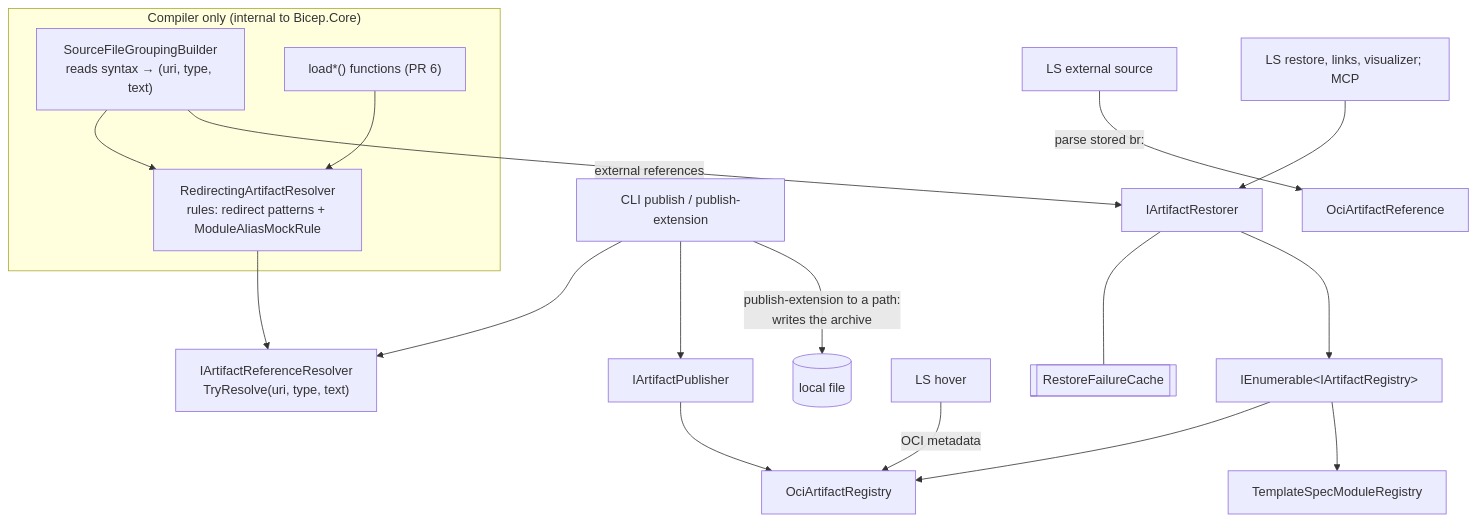
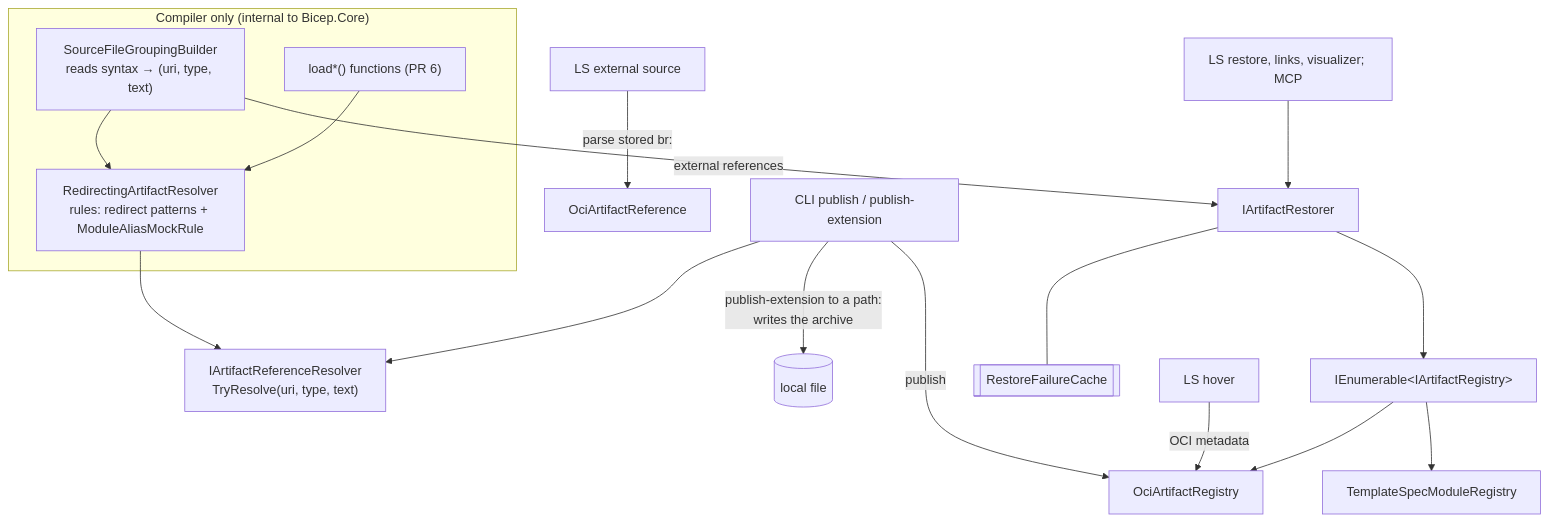
The second of 3 diagrams in docs/design/rep-0022-implementation-plan.md (Azure/bicep), drawn with Mermaid before and after one commit. The commit also changed other lines of this file and 58 other files, not shown here.

````diff
--- a/docs/design/rep-0022-implementation-plan.md
+++ b/docs/design/rep-0022-implementation-plan.md
@@ -204,21 +204,20 @@
 ```mermaid
 flowchart TB
   subgraph Compiler["Compiler only (internal to Bicep.Core)"]
     SG["SourceFileGroupingBuilder<br/>reads syntax → (uri, type, text)"] --> RR
     LF["load*() functions (PR 6)"] --> RR
     RR["RedirectingArtifactResolver<br/>rules: redirect patterns + ModuleAliasMockRule"]
   end
   RR --> R["IArtifactReferenceResolver<br/>TryResolve(uri, type, text)"]
   CLI["CLI publish / publish-extension"] --> R
   EXT["LS external source"] -->|"parse stored br:"| OCI["OciArtifactReference"]
   SG -->|"external references"| RS["IArtifactRestorer"]
   LSR["LS restore, links, visualizer; MCP"] --> RS
-  CLI --> P["IArtifactPublisher"]
+  CLI -->|"publish"| OREG
   CLI -->|"publish-extension to a path:<br/>writes the archive"| LFILE[("local file")]
   HV["LS hover"] -->|"OCI metadata"| OREG
   RS --- FC[["RestoreFailureCache"]]
   RS --> REGS["IEnumerable&lt;IArtifactRegistry&gt;"]
   REGS --> OREG["OciArtifactRegistry"]
   REGS --> TREG["TemplateSpecModuleRegistry"]
-  P --> OREG
 ```
````
